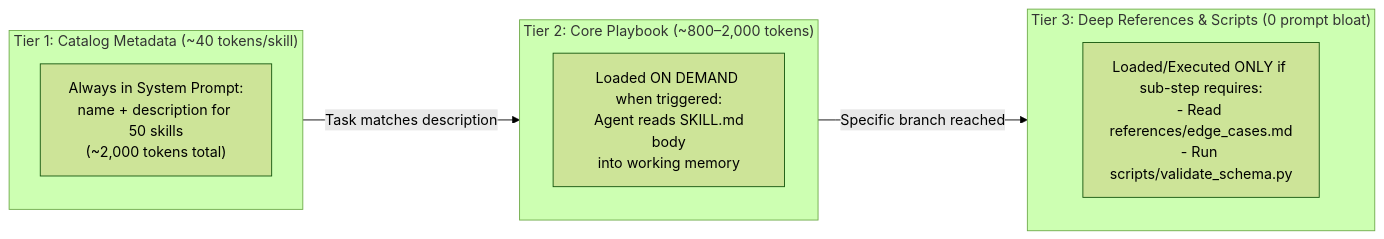
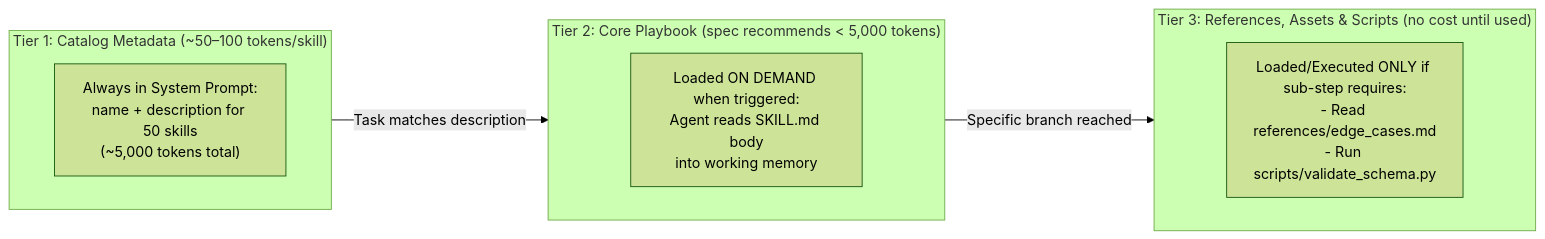
The diagram in chapter-08-agent-skills-and-procedural-memory.md (Rajdipc/agentic-ai-orchestration-patterns), drawn with Mermaid (forest theme) before and after one commit. The commit also changed other lines of this file and 18 other files, not shown here.

````diff
--- a/chapter-08-agent-skills-and-procedural-memory.md
+++ b/chapter-08-agent-skills-and-procedural-memory.md
@@ -78,17 +84,17 @@
 ```mermaid
 flowchart LR
-    subgraph Tier1["Tier 1: Catalog Metadata (~40 tokens/skill)"]
-        C1["Always in System Prompt:\nname + description for 50 skills\n(~2,000 tokens total)"]
+    subgraph Tier1["Tier 1: Catalog Metadata (~50–100 tokens/skill)"]
+        C1["Always in System Prompt:<br/>name + description for 50 skills<br/>(~5,000 tokens total)"]
     end
 
-    subgraph Tier2["Tier 2: Core Playbook (~800–2,000 tokens)"]
-        C2["Loaded ON DEMAND when triggered:\n Agent reads SKILL.md body\ninto working memory"]
+    subgraph Tier2["Tier 2: Core Playbook (spec recommends < 5,000 tokens)"]
+        C2["Loaded ON DEMAND when triggered:<br/>Agent reads SKILL.md body<br/>into working memory"]
     end
 
-    subgraph Tier3["Tier 3: Deep References & Scripts (0 prompt bloat)"]
-        C3["Loaded/Executed ONLY if sub-step requires:\n- Read references/edge_cases.md\n- Run scripts/validate_schema.py"]
+    subgraph Tier3["Tier 3: References, Assets & Scripts (no cost until used)"]
+        C3["Loaded/Executed ONLY if sub-step requires:<br/>- Read references/edge_cases.md<br/>- Run scripts/validate_schema.py"]
     end
 
     Tier1 -- "Task matches description" --> Tier2
     Tier2 -- "Specific branch reached" --> Tier3
 ```
````
